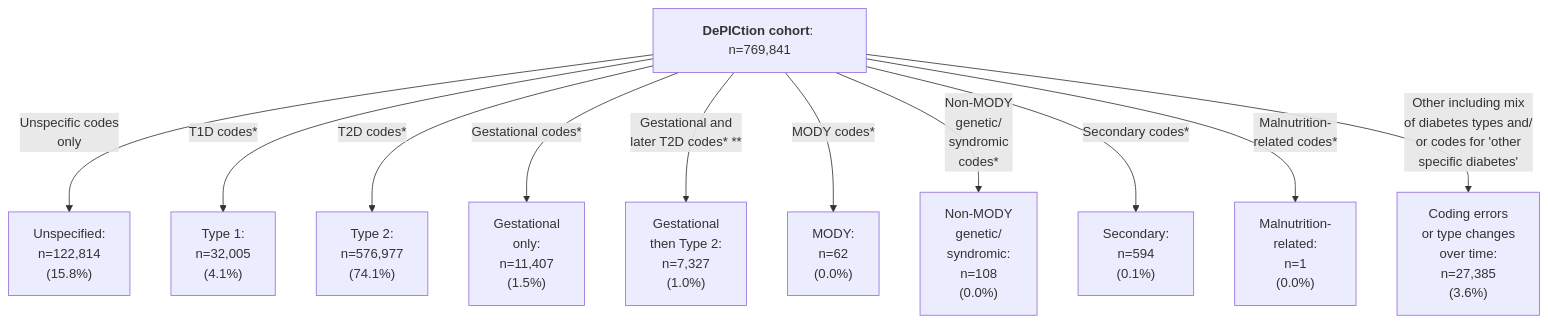
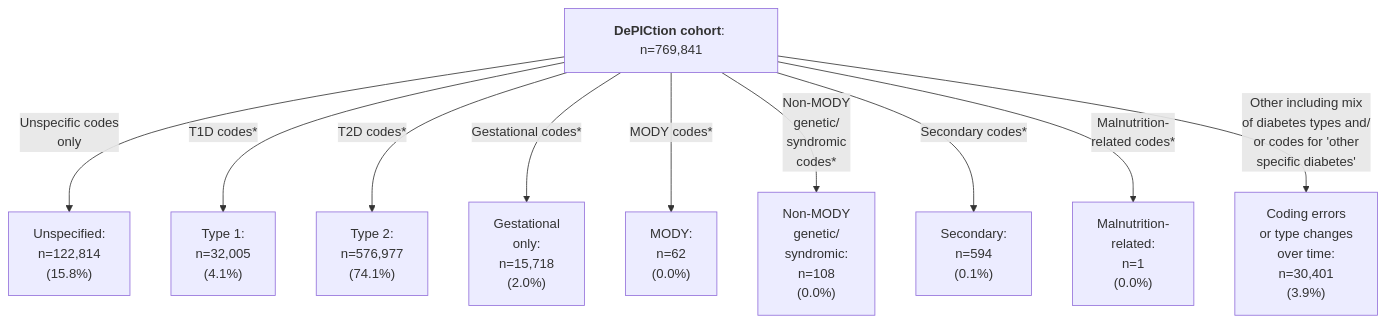
One commit to Exeter-Diabetes/CPRD-Katie-DePICtion-Scripts changed the second of 2 diagrams in README.md. Above: the diagram before and after it, drawn with Mermaid.

````diff
--- a/README.md
+++ b/README.md
@@ -53,13 +53,12 @@
 ```mermaid
 graph TD;
     A["<b>DePICtion cohort</b>: n=769,841"] --> |"Unspecific codes <br>only"| B["Unspecified: <br>n=122,814 <br>(15.8%)"]
     A --> |"T1D codes*"| C["Type 1: <br>n=32,005 <br>(4.1%)"]
     A --> |"T2D codes*"| D["Type 2: <br>n=576,977 <br>(74.1%)"]
-    A --> |"Gestational codes*"| E["Gestational <br>only: <br>n=11,407 <br>(1.5%)"]
-    A --> |"Gestational and <br>later T2D codes* **"| F["Gestational <br>then Type 2: <br>n=7,327 <br>(1.0%)"]
+    A --> |"Gestational codes*"| E["Gestational <br>only: <br>n=15,718 <br>(2.0%)"]
     A --> |"MODY codes*"| G["MODY: <br>n=62 <br>(0.0%)"]
     A --> |"Non-MODY <br>genetic/<br>syndromic <br>codes*"| H["Non-MODY <br>genetic/<br>syndromic: <br>n=108 <br>(0.0%)"]
     A --> |"Secondary codes*"| I["Secondary: <br>n=594 <br>(0.1%)"]
     A --> |"Malnutrition-<br>related codes*"| J["Malnutrition-<br>related: <br>n=1 <br>(0.0%)"]
-    A --> |"Other including mix <br>of diabetes types and/<br>or codes for 'other <br>specific diabetes'"| K["Coding errors <br>or type changes<br> over time: <br>n=27,385 <br>(3.6%)"]
+    A --> |"Other including mix <br>of diabetes types and/<br>or codes for 'other <br>specific diabetes'"| K["Coding errors <br>or type changes<br> over time: <br>n=30,401 <br>(3.9%)"]
 ```
````
